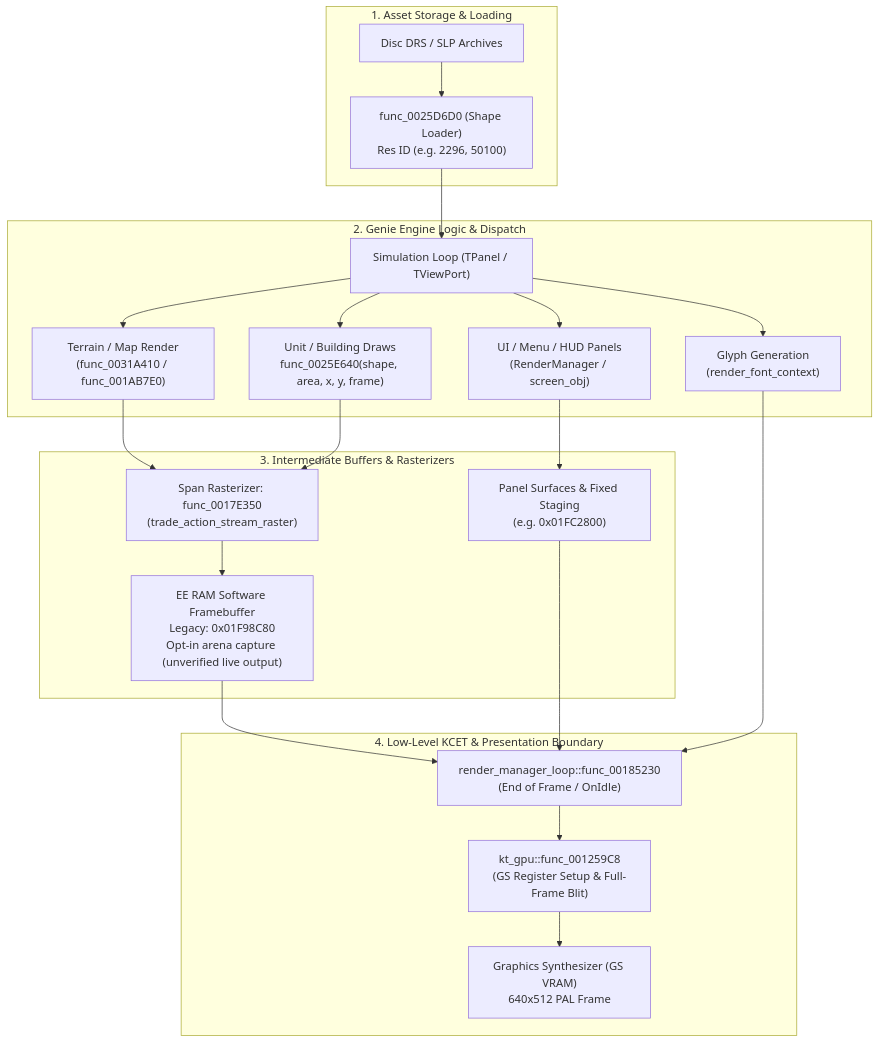
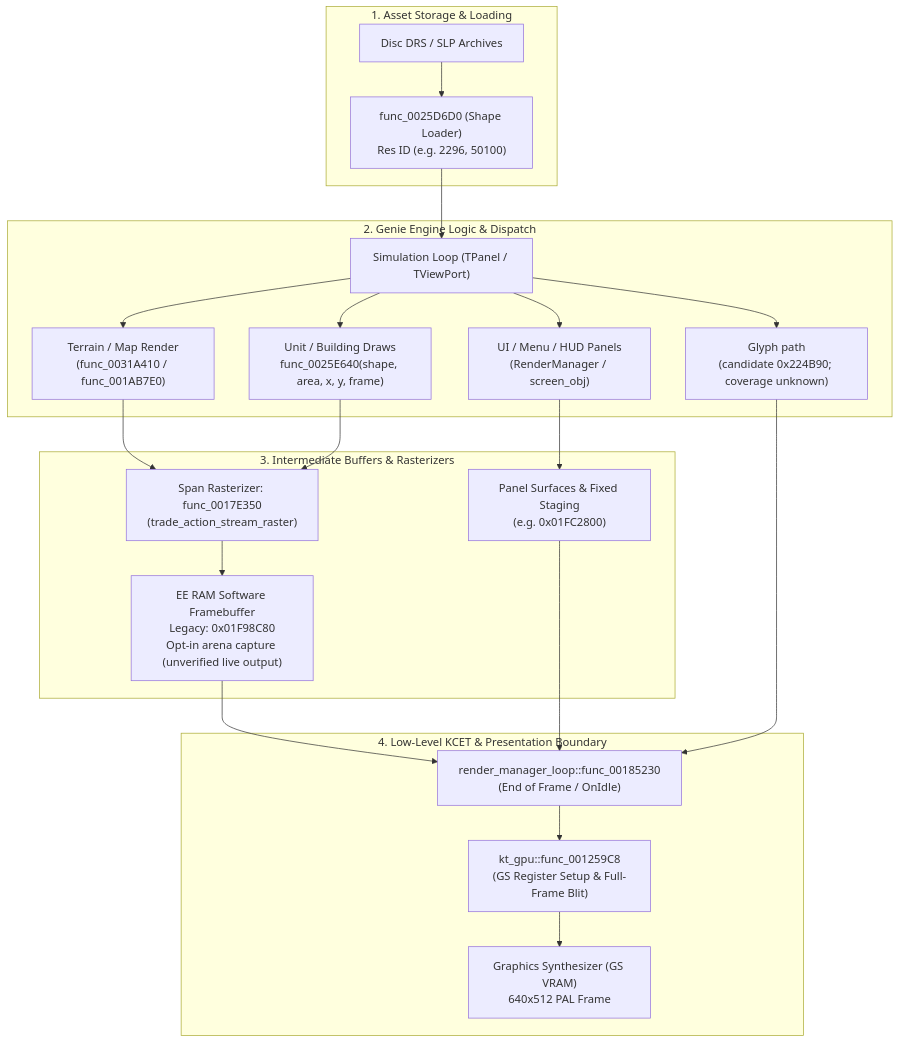
One commit to samuelcaldas/aoe2-ps2-recomp changed the diagram in docs/sot/high-level-draw-seams.md. Above: the diagram before and after it, drawn with Mermaid. The commit also changed other lines of this file and 4 other files, not shown here.

````diff
--- a/docs/sot/high-level-draw-seams.md
+++ b/docs/sot/high-level-draw-seams.md
@@ -67,47 +67,47 @@
 ```mermaid
 flowchart TD
     subgraph Assets ["1. Asset Storage & Loading"]
         DRS["Disc DRS / SLP Archives"]
         ResLoader["func_0025D6D0 (Shape Loader)<br/>Res ID (e.g. 2296, 50100)"]
         DRS --> ResLoader
     end
 
     subgraph Simulation ["2. Genie Engine Logic & Dispatch"]
         Engine["Simulation Loop (TPanel / TViewPort)"]
         ResLoader --> Engine
 
         PlayfieldDispatch["Terrain / Map Render<br/>(func_0031A410 / func_001AB7E0)"]
         SpriteDispatch["Unit / Building Draws<br/>func_0025E640(shape, area, x, y, frame)"]
         UIDispatch["UI / Menu / HUD Panels<br/>(RenderManager / screen_obj)"]
-        FontDispatch["Glyph Generation<br/>(render_font_context)"]
+        FontDispatch["Glyph path<br/>(candidate 0x224B90; coverage unknown)"]
 
         Engine --> PlayfieldDispatch
         Engine --> SpriteDispatch
         Engine --> UIDispatch
         Engine --> FontDispatch
     end
 
     subgraph Rasterization ["3. Intermediate Buffers & Rasterizers"]
         SpanRaster["Span Rasterizer: func_0017E350<br/>(trade_action_stream_raster)"]
         RAMBuffer["EE RAM Software Framebuffer<br/>Legacy: 0x01F98C80<br/>Opt-in arena capture (unverified live output)"]
 
         PlayfieldDispatch --> SpanRaster
         SpriteDispatch --> SpanRaster
         SpanRaster --> RAMBuffer
 
         UIRAM["Panel Surfaces & Fixed Staging<br/>(e.g. 0x01FC2800)"]
         UIDispatch --> UIRAM
     end
 
     subgraph Presentation ["4. Low-Level KCET & Presentation Boundary"]
         Loop["render_manager_loop::func_00185230<br/>(End of Frame / OnIdle)"]
         KTGPU["kt_gpu::func_001259C8<br/>(GS Register Setup & Full-Frame Blit)"]
         GS["Graphics Synthesizer (GS VRAM)<br/>640x512 PAL Frame"]
 
         RAMBuffer --> Loop
         UIRAM --> Loop
         FontDispatch --> Loop
         Loop --> KTGPU
         KTGPU --> GS
     end
 ```
````
